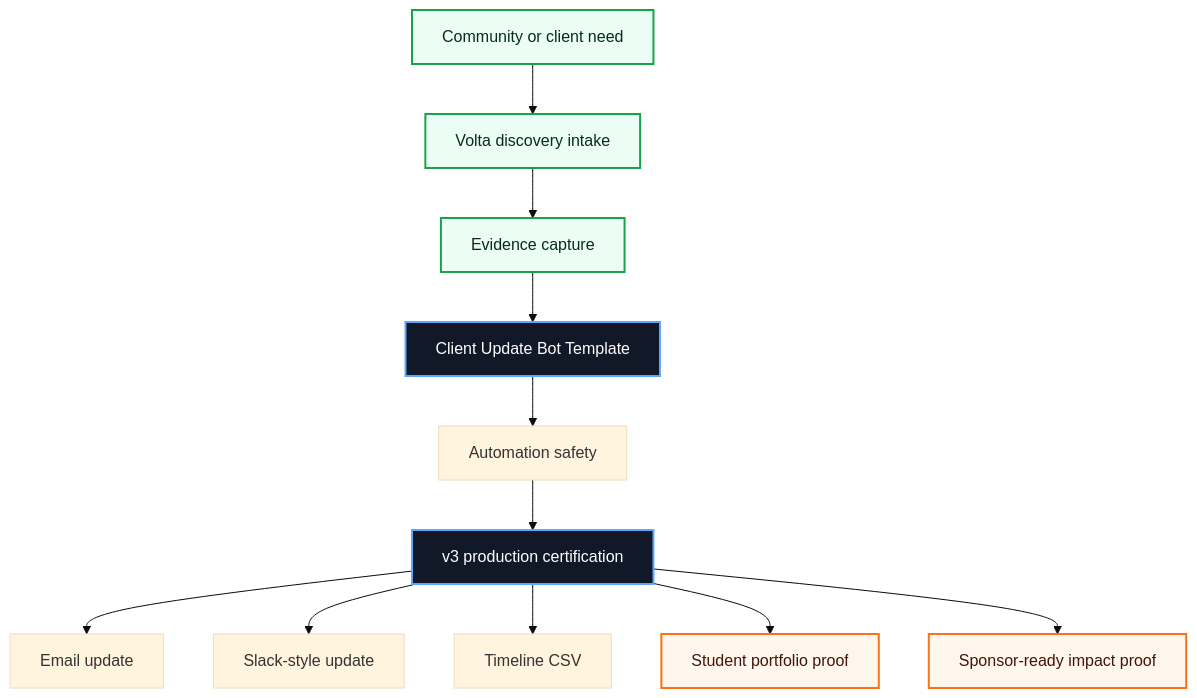
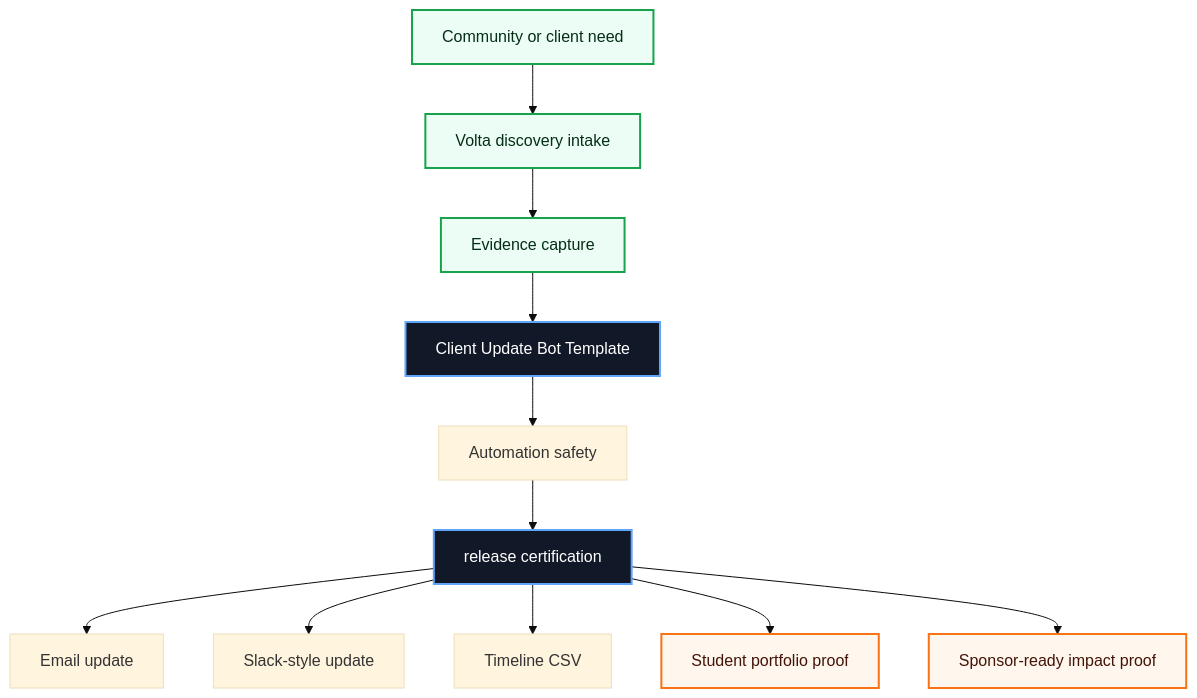
Before and after one commit to volta-npo/client-update-bot-template: the first of 3 diagrams in README.md, drawn with Mermaid (base theme). The commit also changed other lines of this file and 28 other files, not shown here.

````diff
--- a/README.md
+++ b/README.md
@@ -43,20 +43,20 @@
 ```mermaid
 flowchart TD
     Need["Community or client need"] --> Intake["Volta discovery intake"]
     Intake --> Evidence["Evidence capture"]
     Evidence --> Workbench["Client Update Bot Template"]
     Workbench --> Score["Automation safety"]
-    Score --> Cert["v3 production certification"]
+    Score --> Cert["release certification"]
     Cert --> A1["Email update"]
     Cert --> A2["Slack-style update"]
     Cert --> A3["Timeline CSV"]
     Cert --> Student["Student portfolio proof"]
     Cert --> Sponsor["Sponsor-ready impact proof"]
 
     classDef volta fill:#111827,stroke:#60a5fa,color:#ffffff,stroke-width:2px;
     classDef equity fill:#ecfdf5,stroke:#16a34a,color:#052e16,stroke-width:2px;
     classDef proof fill:#fff7ed,stroke:#f97316,color:#431407,stroke-width:2px;
     class Workbench,Cert volta;
     class Need,Intake,Evidence equity;
     class Student,Sponsor proof;
 ```
````
